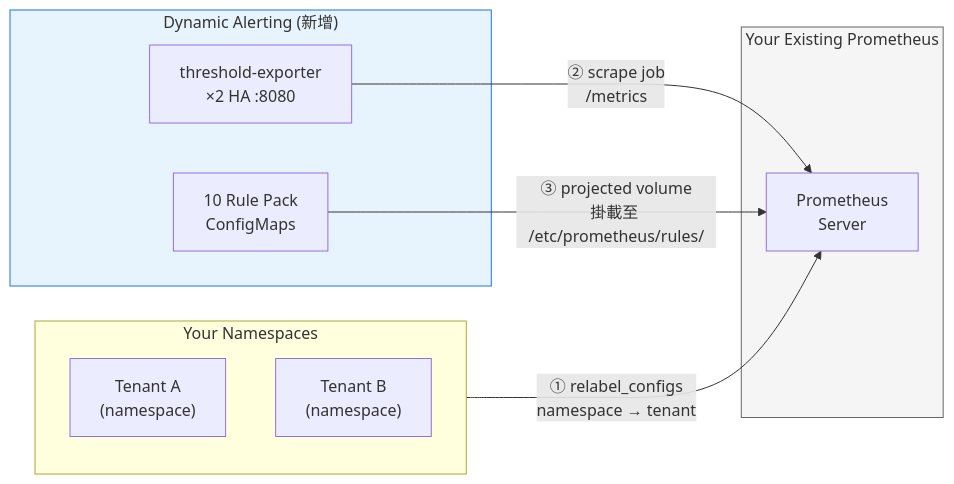
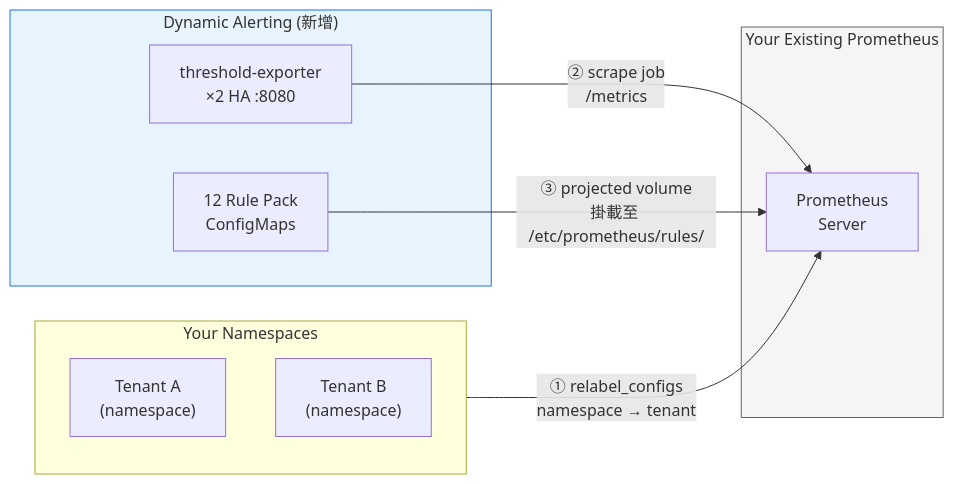
One commit to vencil/Dynamic-Alerting-Integrations changed the diagram in docs/byo-prometheus-integration.md. Above: the diagram before and after it, drawn with Mermaid. The commit also changed other lines of this file and 41 other files, not shown here.

````diff
--- a/docs/byo-prometheus-integration.md
+++ b/docs/byo-prometheus-integration.md
@@ -23,23 +23,23 @@
 ```mermaid
 graph LR
     subgraph YP["Your Existing Prometheus"]
         P["Prometheus<br/>Server"]
     end
 
     subgraph NS["Your Namespaces"]
         T1["Tenant A<br/>(namespace)"]
         T2["Tenant B<br/>(namespace)"]
     end
 
     subgraph DA["Dynamic Alerting (新增)"]
         TE["threshold-exporter<br/>×2 HA :8080"]
-        RP["10 Rule Pack<br/>ConfigMaps"]
+        RP["12 Rule Pack<br/>ConfigMaps"]
     end
 
     NS -->|"① relabel_configs<br/>namespace → tenant"| P
     TE -->|"② scrape job<br/>/metrics"| P
     RP -->|"③ projected volume<br/>掛載至 /etc/prometheus/rules/"| P
 
     style DA fill:#e8f4fd,stroke:#1a73e8
     style YP fill:#f5f5f5,stroke:#666
 ```
````
